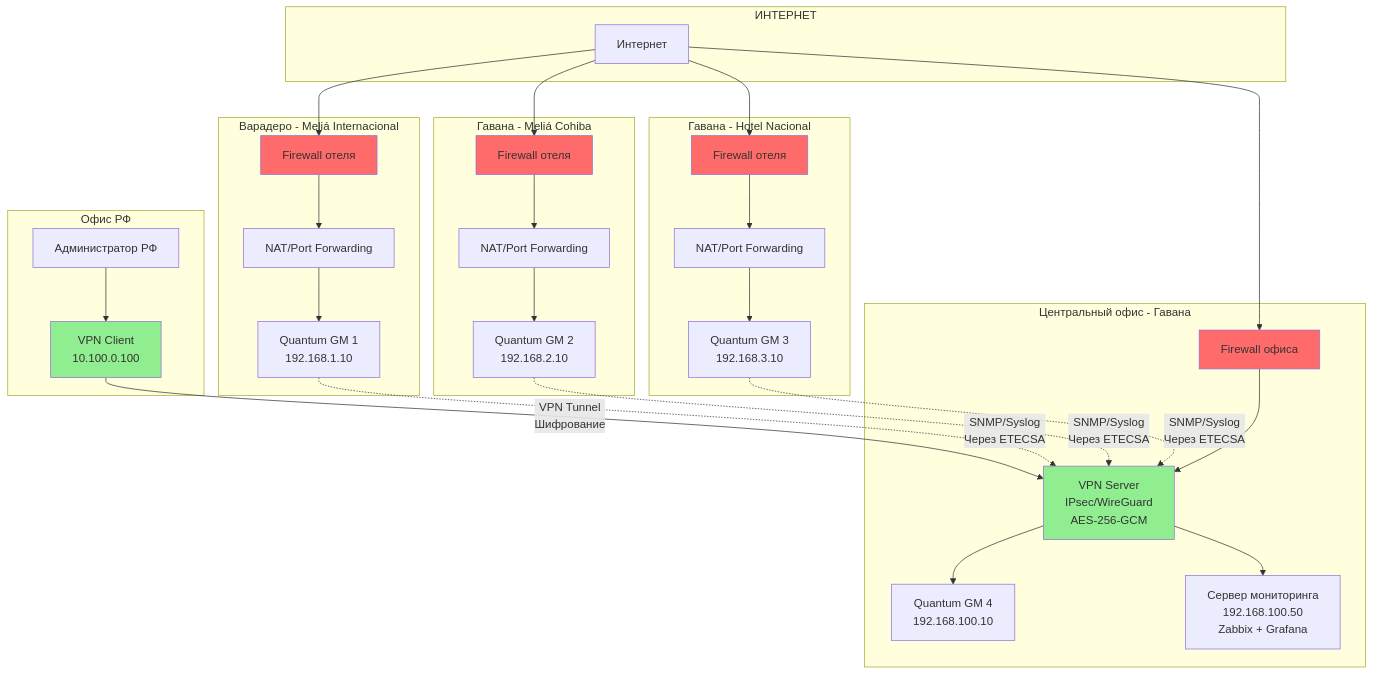
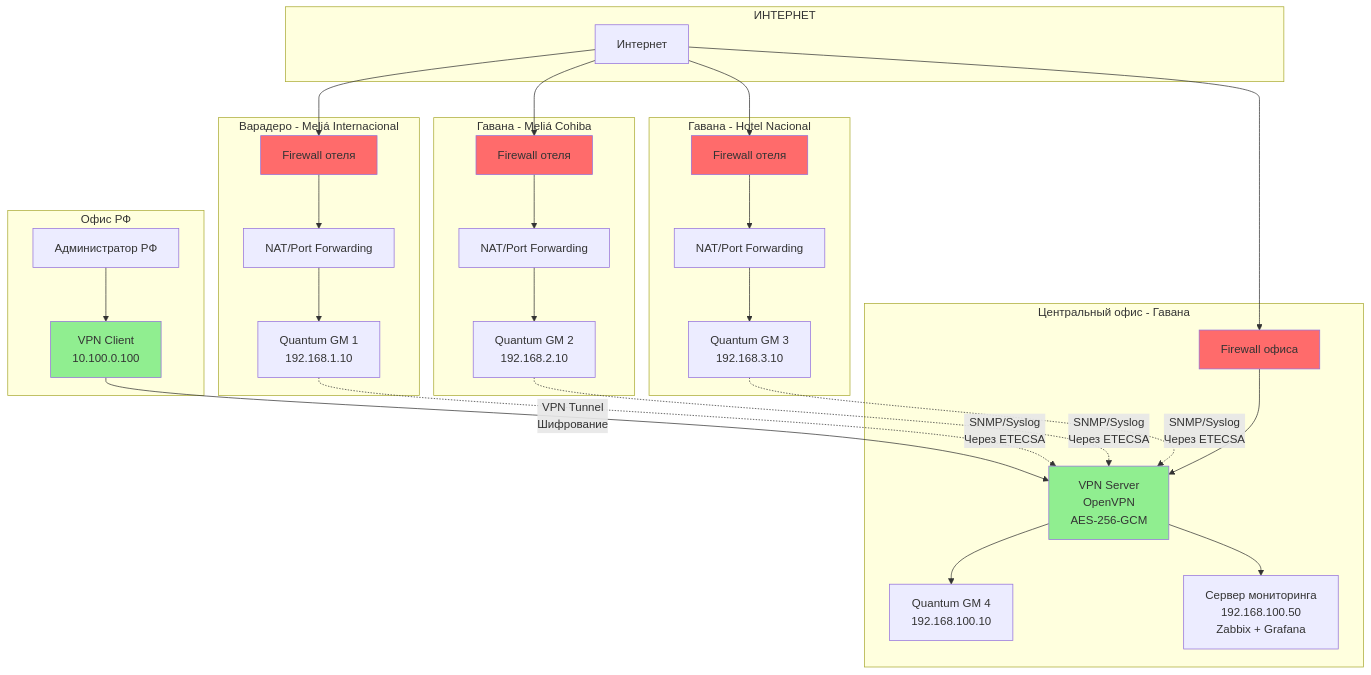
One commit to SiwaNetwork/BIZNES_HOTEL changed the sixth of 6 diagrams in network_diagrams.md. Above: the diagram before and after it, drawn with Mermaid. The commit also changed other lines of this file and 2 other files, not shown here.

First line of the commit message:
Заменен VPN протокол с IPsec/WireGuard на OpenVPN

````diff
--- a/network_diagrams.md
+++ b/network_diagrams.md
@@ -523,67 +523,67 @@
 ```mermaid
 graph TB
     subgraph "ИНТЕРНЕТ"
         INTERNET[Интернет]
     end
     
     subgraph "Варадеро - Meliá Internacional"
         FW1[Firewall отеля]
         NAT1[NAT/Port Forwarding]
         GM1[Quantum GM 1<br/>192.168.1.10]
         
         INTERNET --> FW1
         FW1 --> NAT1
         NAT1 --> GM1
     end
     
     subgraph "Гавана - Meliá Cohiba"
         FW2[Firewall отеля]
         NAT2[NAT/Port Forwarding]
         GM2[Quantum GM 2<br/>192.168.2.10]
         
         INTERNET --> FW2
         FW2 --> NAT2
         NAT2 --> GM2
     end
     
     subgraph "Гавана - Hotel Nacional"
         FW3[Firewall отеля]
         NAT3[NAT/Port Forwarding]
         GM3[Quantum GM 3<br/>192.168.3.10]
         
         INTERNET --> FW3
         FW3 --> NAT3
         NAT3 --> GM3
     end
     
     subgraph "Центральный офис - Гавана"
         FW4[Firewall офиса]
-        VPN_SERVER[VPN Server<br/>IPsec/WireGuard<br/>AES-256-GCM]
+        VPN_SERVER[VPN Server<br/>OpenVPN<br/>AES-256-GCM]
         GM4[Quantum GM 4<br/>192.168.100.10]
         MON[Сервер мониторинга<br/>192.168.100.50<br/>Zabbix + Grafana]
         
         INTERNET --> FW4
         FW4 --> VPN_SERVER
         VPN_SERVER --> GM4
         VPN_SERVER --> MON
     end
     
     subgraph "Офис РФ"
         VPN_CLIENT[VPN Client<br/>10.100.0.100]
         RF_ADMIN[Администратор РФ]
         
         RF_ADMIN --> VPN_CLIENT
         VPN_CLIENT -->|VPN Tunnel<br/>Шифрование| VPN_SERVER
     end
     
     GM1 -.->|SNMP/Syslog<br/>Через ETECSA| VPN_SERVER
     GM2 -.->|SNMP/Syslog<br/>Через ETECSA| VPN_SERVER
     GM3 -.->|SNMP/Syslog<br/>Через ETECSA| VPN_SERVER
 
     style FW1 fill:#FF6B6B
     style FW2 fill:#FF6B6B
     style FW3 fill:#FF6B6B
     style FW4 fill:#FF6B6B
     style VPN_SERVER fill:#90EE90
     style VPN_CLIENT fill:#90EE90
 ```
````
